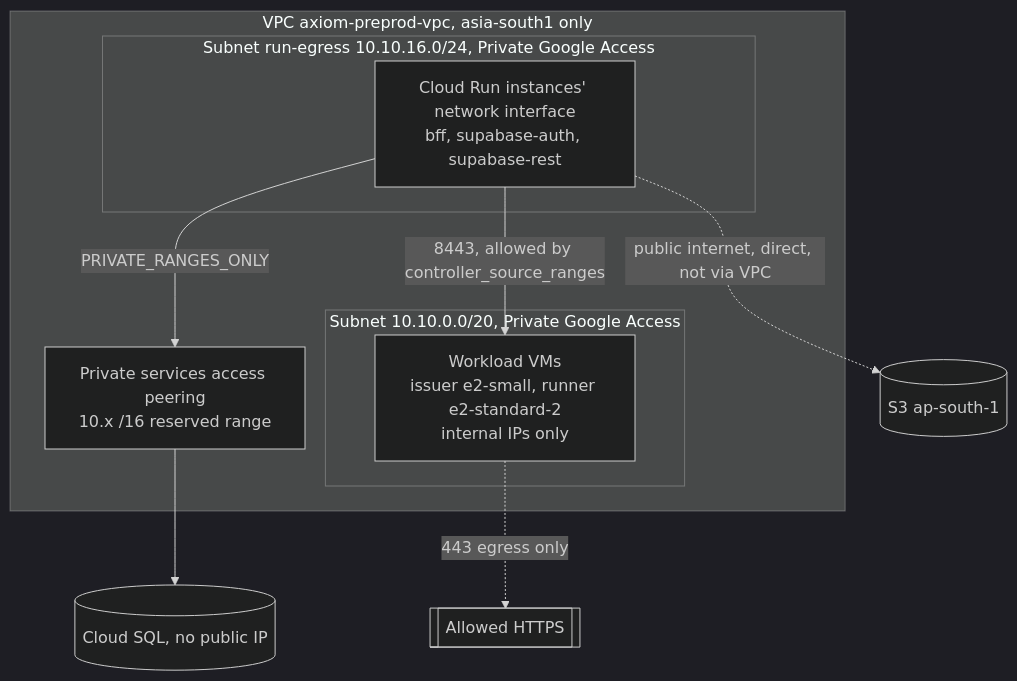
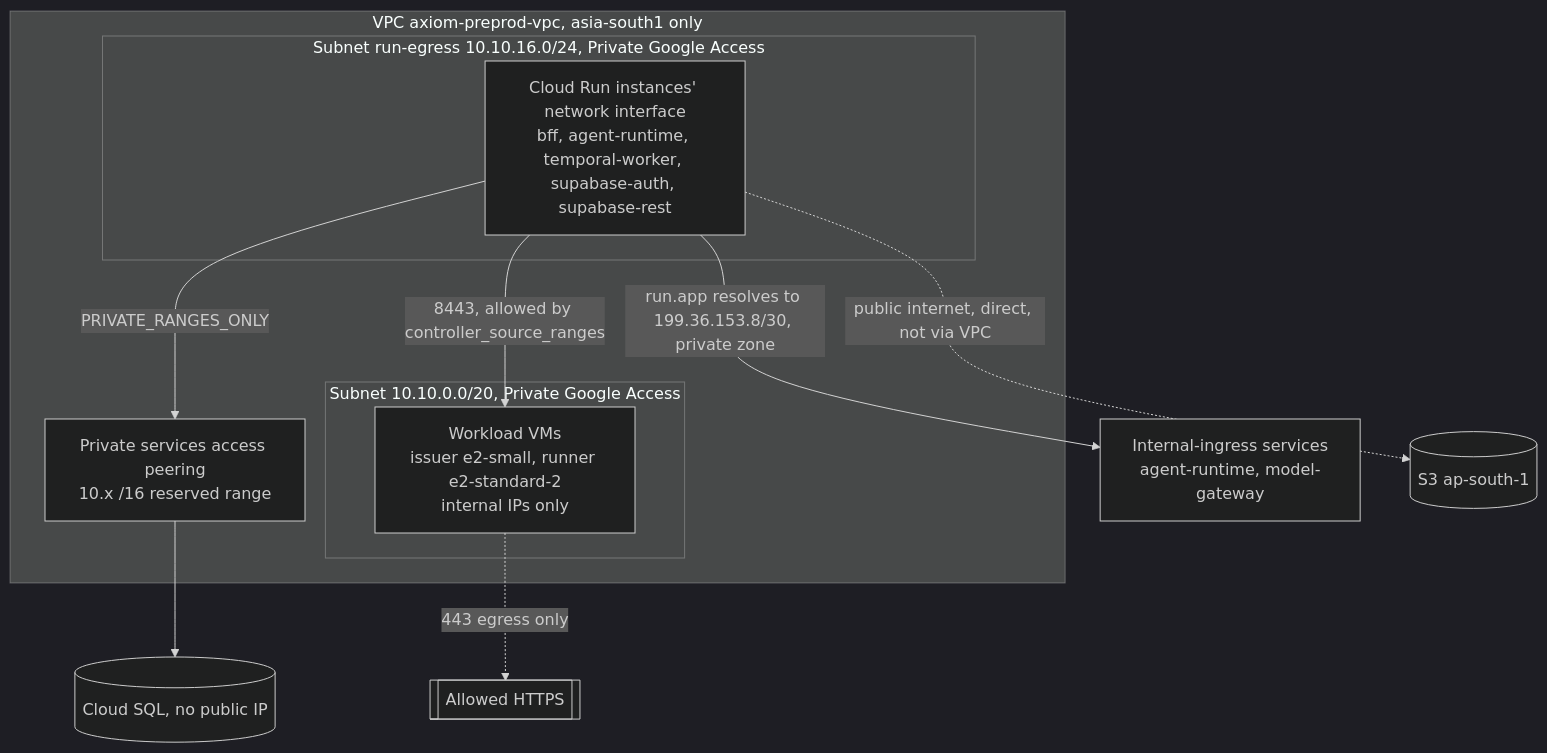
The second of 3 diagrams in docs/22_Architecture_and_Flow.md (vikashkaruna/Proof), drawn with Mermaid (dark theme) before and after one commit. The commit also changed other lines of this file and 32 other files, not shown here.

Commit message:
feat(infra,services): decisions D1-D4 (scale-to-zero preprod, opt-in nightly stop, private internal services with ID-token auth, optional prod edge WAF), docs

````diff
--- a/docs/22_Architecture_and_Flow.md
+++ b/docs/22_Architecture_and_Flow.md
@@ -236,16 +235,17 @@
 ```mermaid
 flowchart TB
   subgraph vpc[VPC axiom-preprod-vpc, asia-south1 only]
     subgraph s1[Subnet 10.10.0.0/20, Private Google Access]
       vms[Workload VMs<br/>issuer e2-small, runner e2-standard-2<br/>internal IPs only]
     end
     subgraph s2[Subnet run-egress 10.10.16.0/24, Private Google Access]
-      eg[Cloud Run instances' network interface<br/>bff, supabase-auth, supabase-rest]
+      eg[Cloud Run instances' network interface<br/>bff, agent-runtime, temporal-worker, supabase-auth, supabase-rest]
     end
     peer[Private services access peering<br/>10.x /16 reserved range]
   end
   eg -->|PRIVATE_RANGES_ONLY| peer --> sql[(Cloud SQL, no public IP)]
   eg -->|8443, allowed by controller_source_ranges| vms
+  eg -->|run.app resolves to 199.36.153.8/30, private zone| ps[Internal-ingress services<br/>agent-runtime, model-gateway]
   eg -.->|public internet, direct, not via VPC| s3[(S3 ap-south-1)]
   vms -.->|443 egress only| ext[[Allowed HTTPS]]
 ```
````
